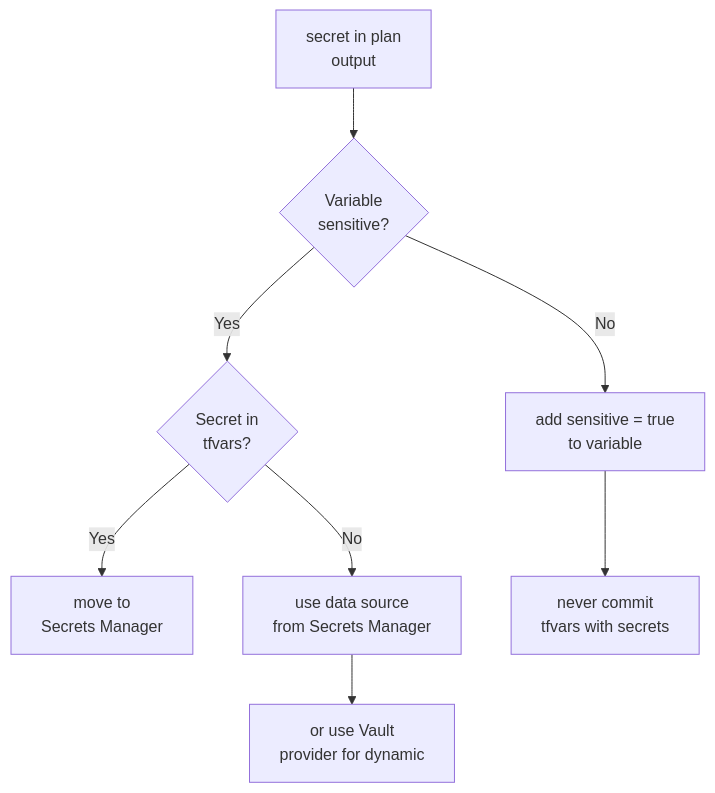
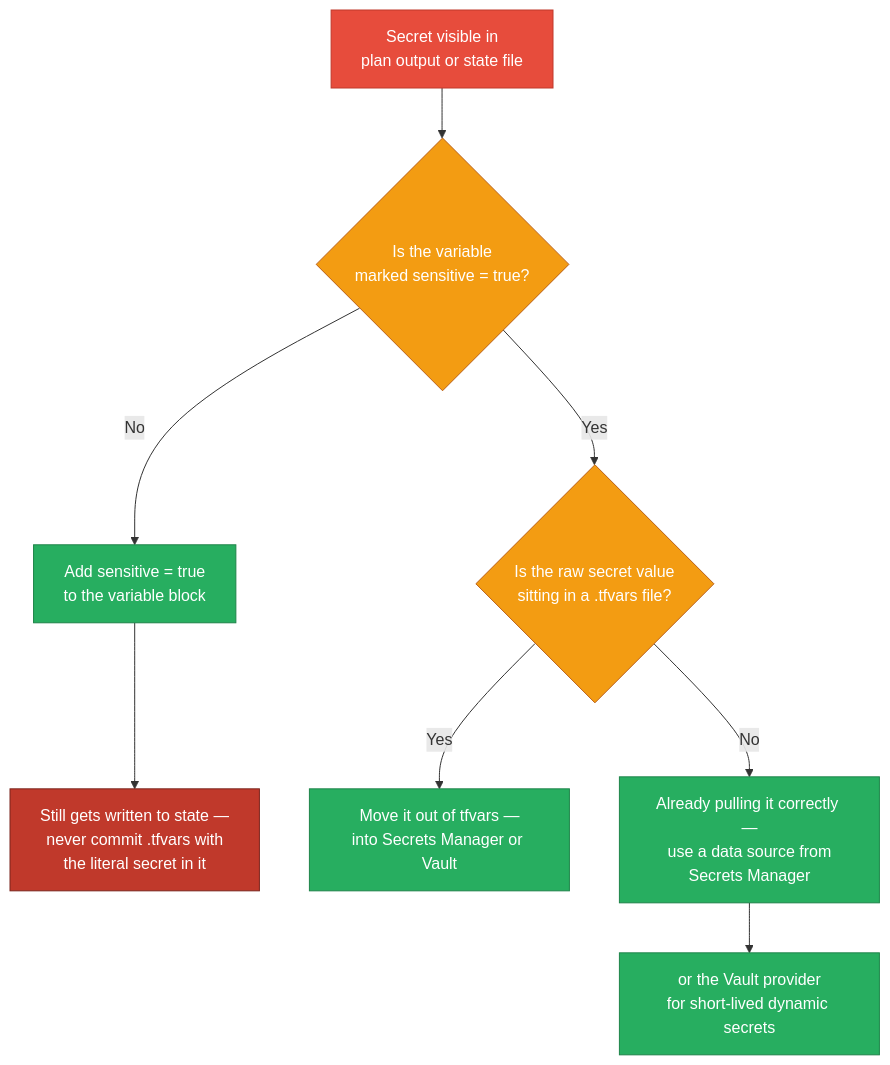
One commit to deepanshu-rawat6/DevOpsIndex changed the sixth of 8 diagrams in sre/iac-scenarios.md. Above: the diagram before and after it, drawn with Mermaid. The commit also changed other lines of this file and 10 other files, not shown here.

````diff
--- a/sre/iac-scenarios.md
+++ b/sre/iac-scenarios.md
@@ -197,10 +327,16 @@
 ```mermaid
 flowchart TD
-    A[secret in plan<br/>output] --> B{Variable<br/>sensitive?}
-    B -- No --> C[add sensitive = true<br/>to variable]
-    B -- Yes --> D{Secret in<br/>tfvars?}
-    D -- Yes --> E[move to<br/>Secrets Manager]
-    D -- No --> F[use data source<br/>from Secrets Manager]
-    F --> G[or use Vault<br/>provider for dynamic]
-    C --> H[never commit<br/>tfvars with secrets]
+    classDef err fill:#e74c3c,stroke:#c0392b,color:#fff
+    classDef decision fill:#f39c12,stroke:#ba6018,color:#fff
+    classDef fix fill:#27ae60,stroke:#1e8449,color:#fff
+    classDef danger fill:#c0392b,stroke:#7b241c,color:#fff
+
+    LEAK["Secret visible in<br/>plan output or state file"]:::err --> ISSENS{"Is the variable<br/>marked sensitive = true?"}:::decision
+    ISSENS -->|No| MARK["Add sensitive = true<br/>to the variable block"]:::fix
+    MARK --> STILLSTATE["Still gets written to state —<br/>never commit .tfvars with<br/>the literal secret in it"]:::danger
+
+    ISSENS -->|Yes| INTFVARS{"Is the raw secret value<br/>sitting in a .tfvars file?"}:::decision
+    INTFVARS -->|Yes| MOVE["Move it out of tfvars —<br/>into Secrets Manager or Vault"]:::fix
+    INTFVARS -->|No| DATASRC["Already pulling it correctly —<br/>use a data source from<br/>Secrets Manager"]:::fix
+    DATASRC --> VAULT["or the Vault provider<br/>for short-lived dynamic secrets"]:::fix
 ```
````
